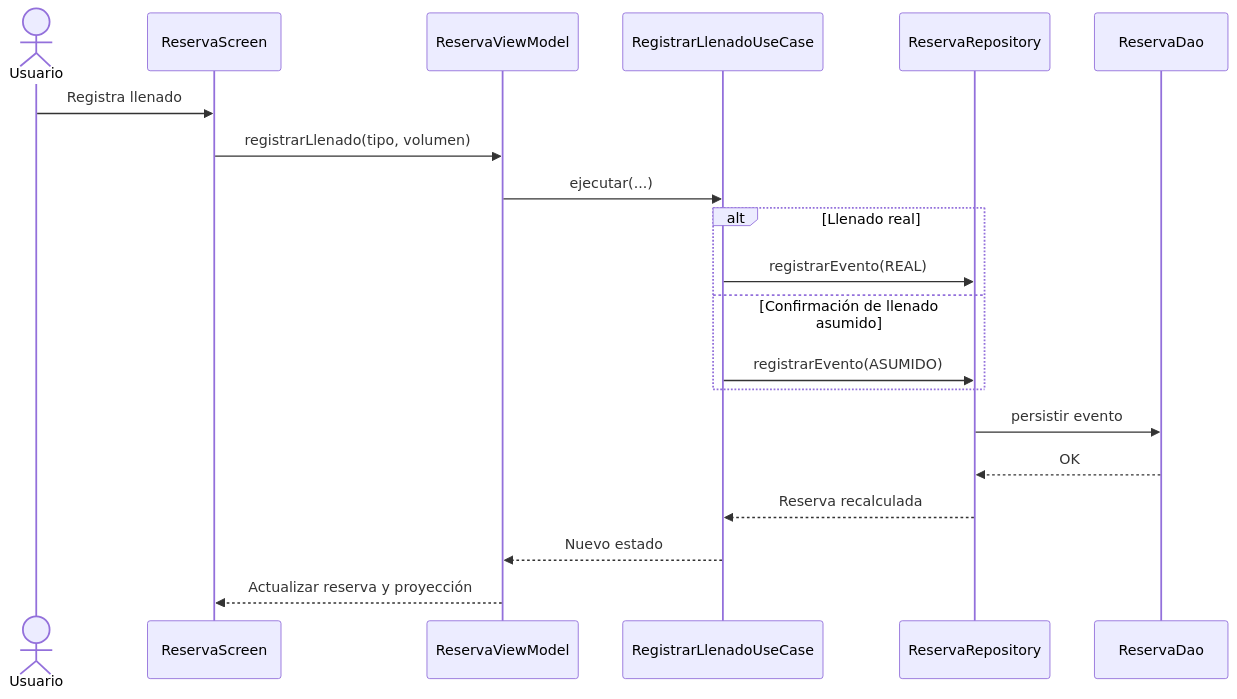
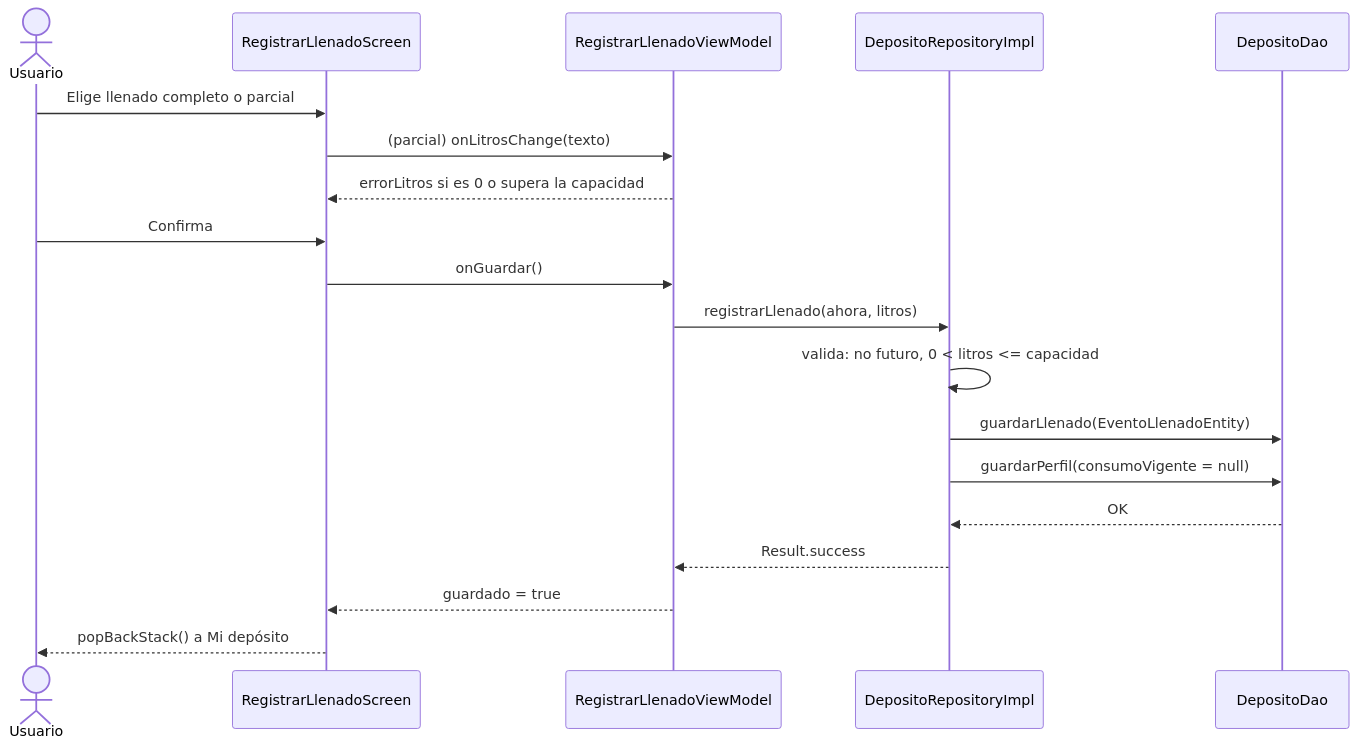
One commit to IkerASierraR/AguardApp changed the seventh of 18 diagrams in informes/FD04-SAD.md. Above: the diagram before and after it, drawn with Mermaid. The commit also changed other lines of this file and 2 other files, not shown here.

````diff
--- a/informes/FD04-SAD.md
+++ b/informes/FD04-SAD.md
@@ -277,22 +253,21 @@
 ```mermaid
 sequenceDiagram
     actor U as Usuario
-    participant S as ReservaScreen
-    participant VM as ReservaViewModel
-    participant UC as RegistrarLlenadoUseCase
-    participant R as ReservaRepository
-    participant DAO as ReservaDao
-    U->>S: Registra llenado
-    S->>VM: registrarLlenado(tipo, volumen)
-    VM->>UC: ejecutar(...)
-    alt Llenado real
-      UC->>R: registrarEvento(REAL)
-    else Confirmación de llenado asumido
-      UC->>R: registrarEvento(ASUMIDO)
-    end
-    R->>DAO: persistir evento
+    participant S as RegistrarLlenadoScreen
+    participant VM as RegistrarLlenadoViewModel
+    participant R as DepositoRepositoryImpl
+    participant DAO as DepositoDao
+    U->>S: Elige llenado completo o parcial
+    S->>VM: (parcial) onLitrosChange(texto)
+    VM-->>S: errorLitros si es 0 o supera la capacidad
+    U->>S: Confirma
+    S->>VM: onGuardar()
+    VM->>R: registrarLlenado(ahora, litros)
+    R->>R: valida: no futuro, 0 < litros <= capacidad
+    R->>DAO: guardarLlenado(EventoLlenadoEntity)
+    R->>DAO: guardarPerfil(consumoVigente = null)
     DAO-->>R: OK
-    R-->>UC: Reserva recalculada
-    UC-->>VM: Nuevo estado
-    VM-->>S: Actualizar reserva y proyección
+    R-->>VM: Result.success
+    VM-->>S: guardado = true
+    S-->>U: popBackStack() a Mi depósito
 ```
````
